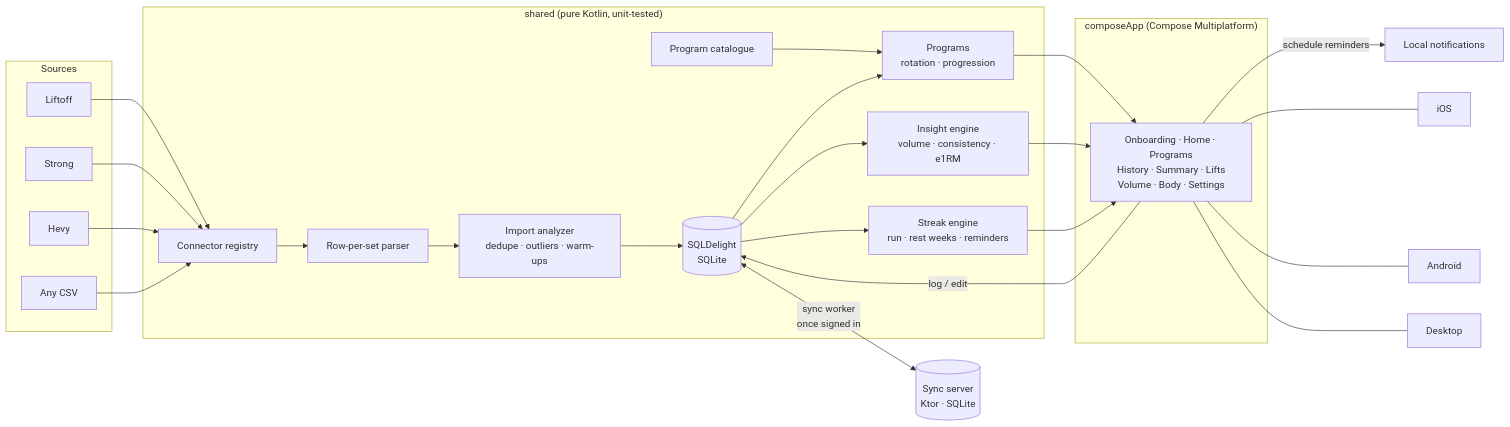
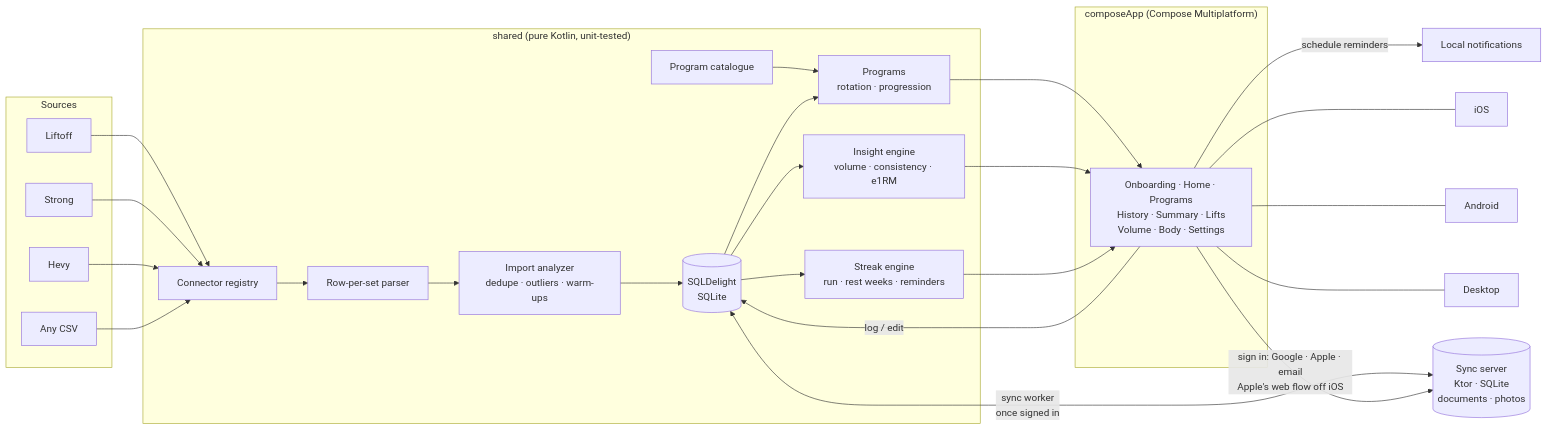
The diagram in docs/how-it-works.md (gerra/gains), drawn with Mermaid before and after one commit. The commit also changed other lines of this file and 6 other files, not shown here.

Commit message:
Item 36: Architecture docs back in step with the code

````diff
--- a/docs/how-it-works.md
+++ b/docs/how-it-works.md
@@ -162,29 +162,30 @@
 ```mermaid
 flowchart LR
   subgraph Sources
     L[Liftoff]
     S[Strong]
     H[Hevy]
     C[Any CSV]
   end
   subgraph shared["shared (pure Kotlin, unit-tested)"]
     R[Connector registry] --> P[Row-per-set parser]
     P --> A[Import analyzer<br/>dedupe · outliers · warm-ups]
     A --> DB[(SQLDelight<br/>SQLite)]
     DB --> E[Insight engine<br/>volume · consistency · e1RM]
     DB --> ST[Streak engine<br/>run · rest weeks · reminders]
     PC[Program catalogue] --> PR[Programs<br/>rotation · progression]
     DB --> PR
   end
   subgraph composeApp["composeApp (Compose Multiplatform)"]
     UI[Onboarding · Home · Programs<br/>History · Summary · Lifts<br/>Volume · Body · Settings]
   end
   PR --> UI
   L & S & H & C --> R
   E --> UI
   ST --> UI
   UI -->|schedule reminders| N[Local notifications]
   UI -->|log / edit| DB
   UI --- iOS & Android & Desktop
-  DB <-->|sync worker<br/>once signed in| SV[(Sync server<br/>Ktor · SQLite)]
+  DB <-->|sync worker<br/>once signed in| SV[(Sync server<br/>Ktor · SQLite<br/>documents · photos)]
+  UI -->|sign in: Google · Apple · email<br/>Apple's web flow off iOS| SV
 ```
````
